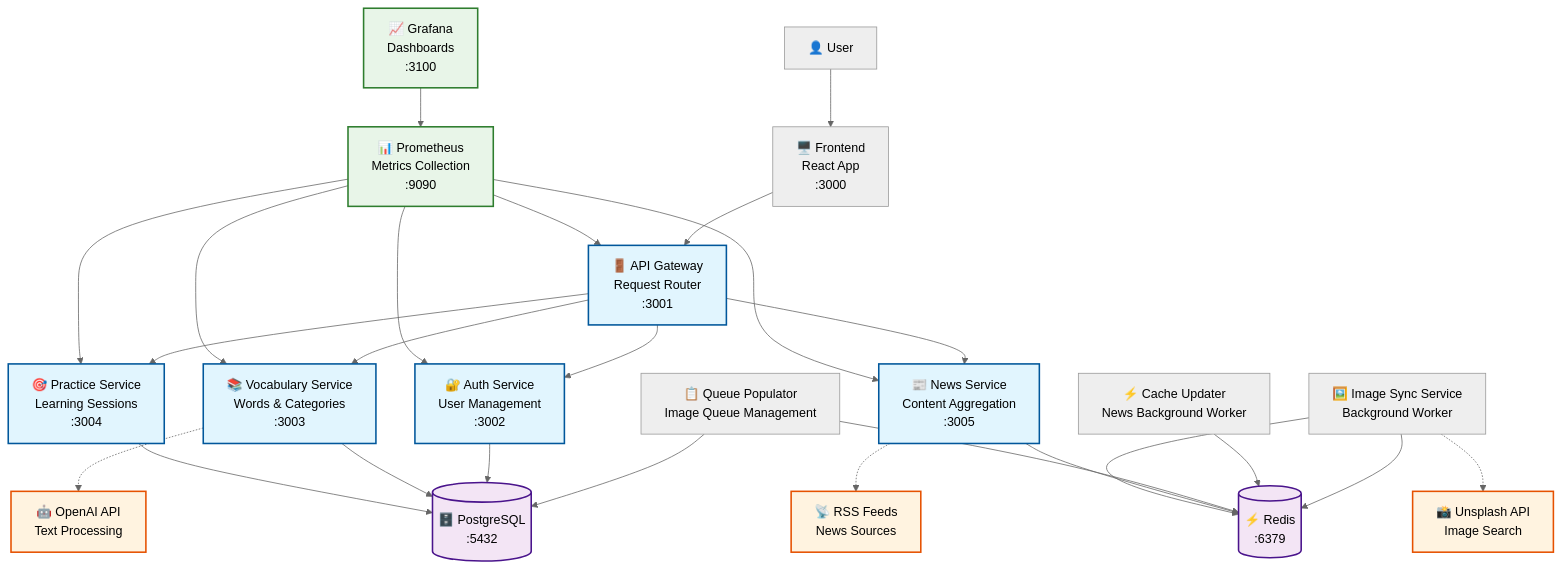
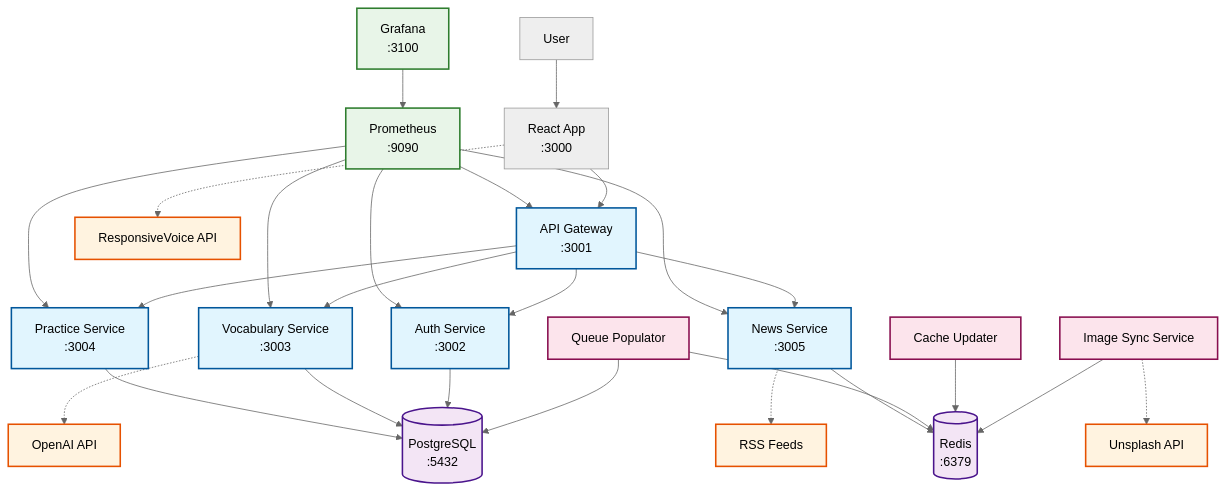
Before and after one commit to ansromanov/recnik: the first of 4 diagrams in docs/architecture.md, drawn with Mermaid (neutral theme). The commit also changed 1 other file, not shown here.

Commit message:
update docs (#11)
* update docs

* update docs

* update docs

````diff
--- a/docs/architecture.md
+++ b/docs/architecture.md
@@ -18,52 +18,53 @@
 ```mermaid
 graph TB
-    %% User Interface
-    User[👤 User] --> Frontend[🖥️ Frontend<br/>React App<br/>:3000]
+    %% User and Frontend
+    User[User] --> Frontend[React App<br/>:3000]
 
     %% API Gateway
-    Frontend --> Gateway[🚪 API Gateway<br/>Request Router<br/>:3001]
+    Frontend --> Gateway[API Gateway<br/>:3001]
 
-    %% Core Microservices
-    Gateway --> Auth[🔐 Auth Service<br/>User Management<br/>:3002]
-    Gateway --> Vocab[📚 Vocabulary Service<br/>Words & Categories<br/>:3003]
-    Gateway --> Practice[🎯 Practice Service<br/>Learning Sessions<br/>:3004]
-    Gateway --> News[📰 News Service<br/>Content Aggregation<br/>:3005]
+    %% Core Services
+    Gateway --> Auth[Auth Service<br/>:3002]
+    Gateway --> Vocab[Vocabulary Service<br/>:3003]
+    Gateway --> Practice[Practice Service<br/>:3004]
+    Gateway --> News[News Service<br/>:3005]
 
     %% Background Services
-    ImageSync[🖼️ Image Sync Service<br/>Background Worker] --> Redis
-    CacheUpdater[⚡ Cache Updater<br/>News Background Worker] --> Redis
-    QueuePopulator[📋 Queue Populator<br/>Image Queue Management] --> Redis
+    ImageSync[Image Sync Service] --> Redis
+    CacheUpdater[Cache Updater] --> Redis
+    QueuePopulator[Queue Populator] --> Redis
     QueuePopulator --> Postgres
 
     %% Infrastructure
-    Auth --> Postgres[(🗄️ PostgreSQL<br/>:5432)]
+    Auth --> Postgres[(PostgreSQL<br/>:5432)]
     Vocab --> Postgres
     Practice --> Postgres
-    News --> Redis[(⚡ Redis<br/>:6379)]
-    ImageSync --> Redis
+    News --> Redis[(Redis<br/>:6379)]
 
     %% Monitoring
-    Prometheus[📊 Prometheus<br/>Metrics Collection<br/>:9090] --> Gateway
+    Prometheus[Prometheus<br/>:9090] --> Gateway
     Prometheus --> Auth
     Prometheus --> Vocab
     Prometheus --> Practice
     Prometheus --> News
+    Grafana[Grafana<br/>:3100] --> Prometheus
 
-    Grafana[📈 Grafana<br/>Dashboards<br/>:3100] --> Prometheus
-
-    %% External Services
-    Vocab -.-> OpenAI[🤖 OpenAI API<br/>Text Processing]
-    ImageSync -.-> Unsplash[📸 Unsplash API<br/>Image Search]
-    News -.-> RSS[📡 RSS Feeds<br/>News Sources]
+    %% External APIs
+    Vocab -.-> OpenAI[OpenAI API]
+    ImageSync -.-> Unsplash[Unsplash API]
+    Frontend -.-> ResponsiveVoice[ResponsiveVoice API]
+    News -.-> RSS[RSS Feeds]
 
     %% Styling
     classDef service fill:#e1f5fe,stroke:#01579b,stroke-width:2px
     classDef infrastructure fill:#f3e5f5,stroke:#4a148c,stroke-width:2px
     classDef external fill:#fff3e0,stroke:#e65100,stroke-width:2px
     classDef monitoring fill:#e8f5e8,stroke:#2e7d2e,stroke-width:2px
+    classDef background fill:#fce4ec,stroke:#880e4f,stroke-width:2px
 
     class Auth,Vocab,Practice,News,Gateway service
     class Postgres,Redis infrastructure
-    class OpenAI,Unsplash,RSS external
+    class OpenAI,Unsplash,ResponsiveVoice,RSS external
     class Prometheus,Grafana monitoring
+    class ImageSync,CacheUpdater,QueuePopulator background
 ```
````
